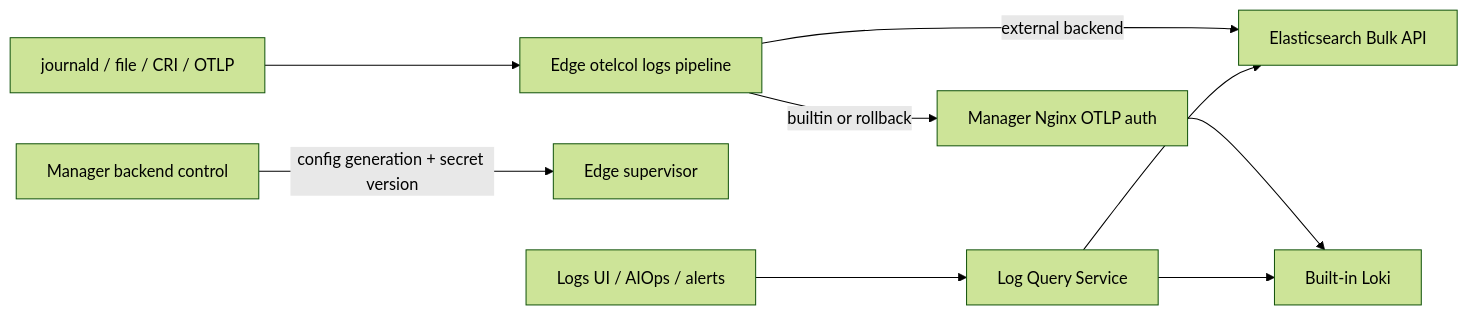
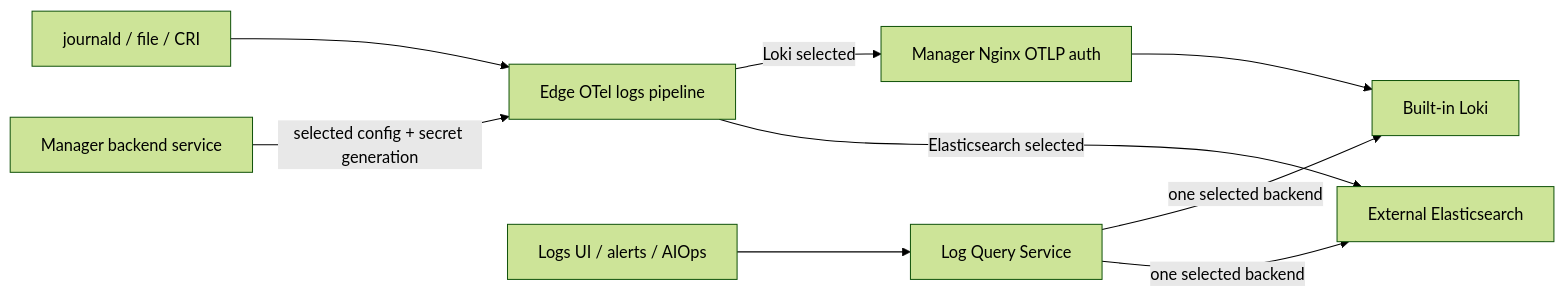
Before and after one commit to anrenlx2025/ongrid: the diagram in docs/design/HLD-001-log-pipeline-backend-abstraction.md, drawn with Mermaid (forest theme). The commit also changed other lines of this file and 34 other files, not shown here.

Commit message:
refactor(logs): remove obsolete backend compatibility

````diff
--- a/docs/design/HLD-001-log-pipeline-backend-abstraction.md
+++ b/docs/design/HLD-001-log-pipeline-backend-abstraction.md
@@ -28,11 +28,11 @@
 ```mermaid
 flowchart LR
-  SRC["journald / file / CRI / OTLP"] --> COL["Edge otelcol logs pipeline"]
-  COL -->|"external backend"| ES["Elasticsearch Bulk API"]
-  COL -->|"builtin or rollback"| NGINX["Manager Nginx OTLP auth"]
+  SRC["journald / file / CRI"] --> COL["Edge OTel logs pipeline"]
+  COL -->|"Loki selected"| NGINX["Manager Nginx OTLP auth"]
   NGINX --> LOKI["Built-in Loki"]
-  MANAGER["Manager backend control"] -->|"config generation + secret version"| EDGE["Edge supervisor"]
-  UI["Logs UI / AIOps / alerts"] --> QUERY["Log Query Service"]
-  QUERY --> ES
-  QUERY --> LOKI
+  COL -->|"Elasticsearch selected"| ES["External Elasticsearch"]
+  MANAGER["Manager backend service"] -->|"selected config + secret generation"| COL
+  UI["Logs UI / alerts / AIOps"] --> QUERY["Log Query Service"]
+  QUERY -->|"one selected backend"| LOKI
+  QUERY -->|"one selected backend"| ES
 ```
````
